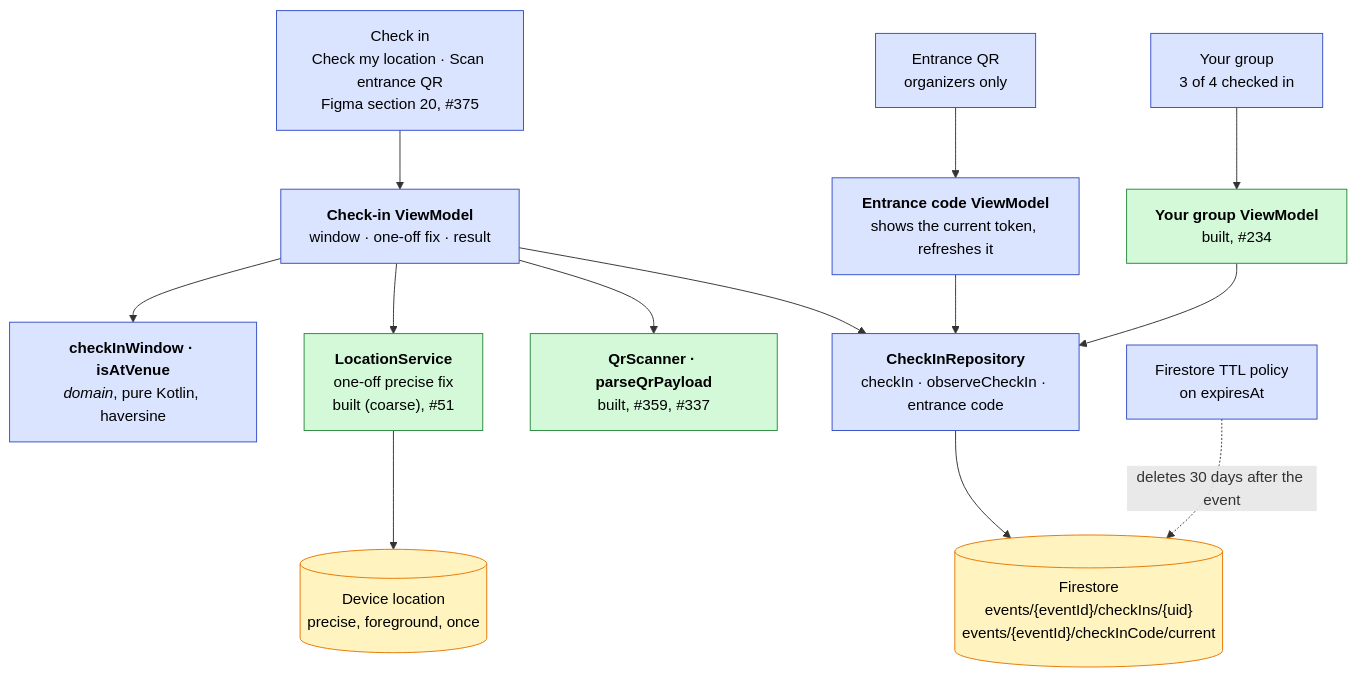
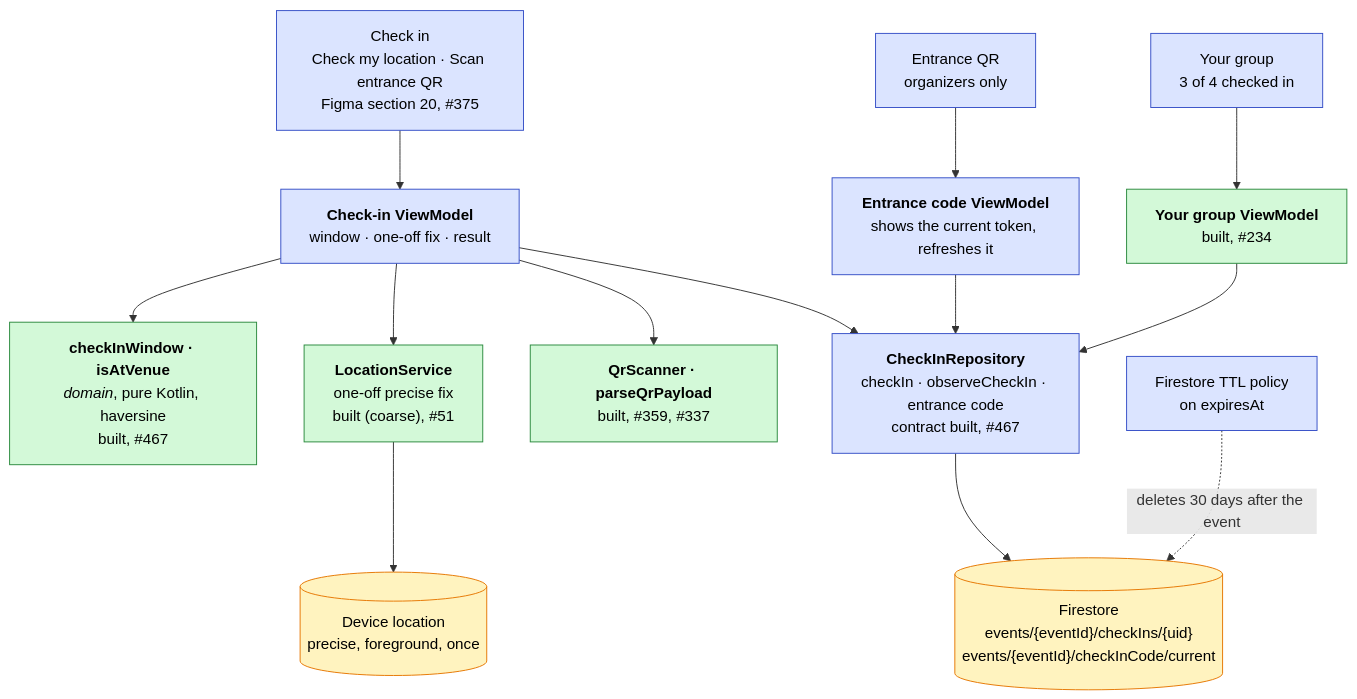
One commit to swent-polysocial/PolySocial changed the tenth of 16 diagrams in docs/Architecture-Diagram.md. Above: the diagram before and after it, drawn with Mermaid. The commit also changed other lines of this file and 1 other file, not shown here.

Commit message:
docs(checkin): record the check-in contract
Mark the window, the venue check and the repository contract as built
in the Architecture Diagram's 3.10, and log the result cases and
boundaries in CONTEXT.md.

Refs #467

````diff
--- a/docs/Architecture-Diagram.md
+++ b/docs/Architecture-Diagram.md
@@ -709,19 +710,19 @@
 ```mermaid
 flowchart TB
   classDef pb fill:#dbe4ff,stroke:#364fc7,color:#000
   classDef ext fill:#fff3bf,stroke:#e67700,color:#000
   classDef s1 fill:#d3f9d8,stroke:#2b8a3e,color:#000
 
   checkUi["Check in<br/>Check my location · Scan entrance QR<br/>Figma section 20, #375"]:::pb --> checkVM["<b>Check-in ViewModel</b><br/>window · one-off fix · result"]:::pb
   codeUi["Entrance QR<br/>organizers only"]:::pb --> codeVM["<b>Entrance code ViewModel</b><br/>shows the current token, refreshes it"]:::pb
   groupUi["Your group<br/>3 of 4 checked in"]:::pb --> groupVM["<b>Your group ViewModel</b><br/>built, #234"]:::s1
-  checkVM --> window["<b>checkInWindow · isAtVenue</b><br/><i>domain</i>, pure Kotlin, haversine"]:::pb
+  checkVM --> window["<b>checkInWindow · isAtVenue</b><br/><i>domain</i>, pure Kotlin, haversine<br/>built, #467"]:::s1
   checkVM --> loc["<b>LocationService</b><br/>one-off precise fix<br/>built (coarse), #51"]:::s1
   checkVM --> scan["<b>QrScanner · parseQrPayload</b><br/>built, #359, #337"]:::s1
-  checkVM --> repo["<b>CheckInRepository</b><br/>checkIn · observeCheckIn · entrance code"]:::pb
+  checkVM --> repo["<b>CheckInRepository</b><br/>checkIn · observeCheckIn · entrance code<br/>contract built, #467"]:::pb
   codeVM --> repo
   groupVM --> repo
   repo --> fs[("Firestore<br/>events/{eventId}/checkIns/{uid}<br/>events/{eventId}/checkInCode/current")]:::ext
   loc --> gps[("Device location<br/>precise, foreground, once")]:::ext
   ttl["Firestore TTL policy<br/>on expiresAt"]:::pb -. "deletes 30 days after the event" .-> fs
 ```
````
